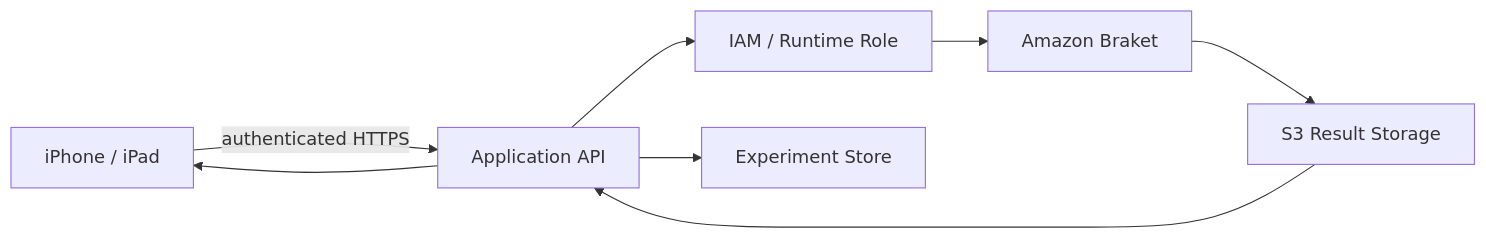
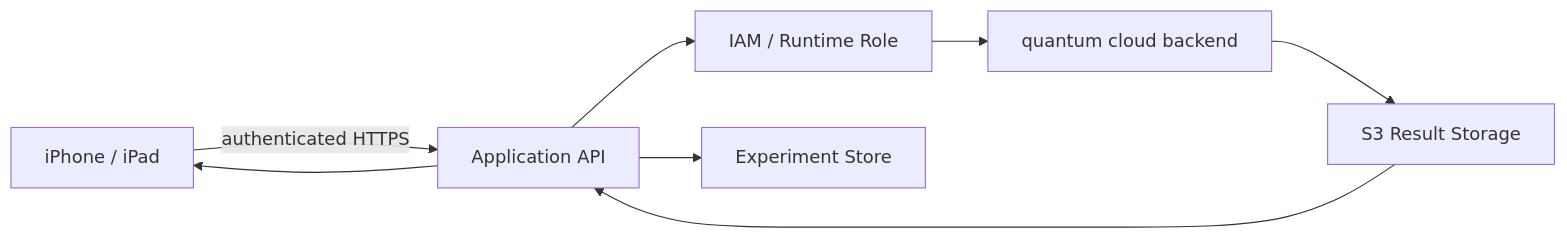
One commit to lucylow/quantum-roi-business changed the tenth of 17 diagrams in README.md. Above: the diagram before and after it, drawn with Mermaid. The commit also changed other lines of this file, not shown here.

````diff
--- a/README.md
+++ b/README.md
@@ -1435,17 +1430,17 @@
 ```mermaid
 flowchart LR
     APP[iPhone / iPad]
     API[Application API]
     IAM[IAM / Runtime Role]
-    BR[Amazon Braket]
+    BR[quantum cloud backend]
     S3[S3 Result Storage]
     DB[Experiment Store]
 
     APP -->|authenticated HTTPS| API
     API --> IAM
     IAM --> BR
     BR --> S3
     API --> DB
     S3 --> API
     API --> APP
 ```
````
